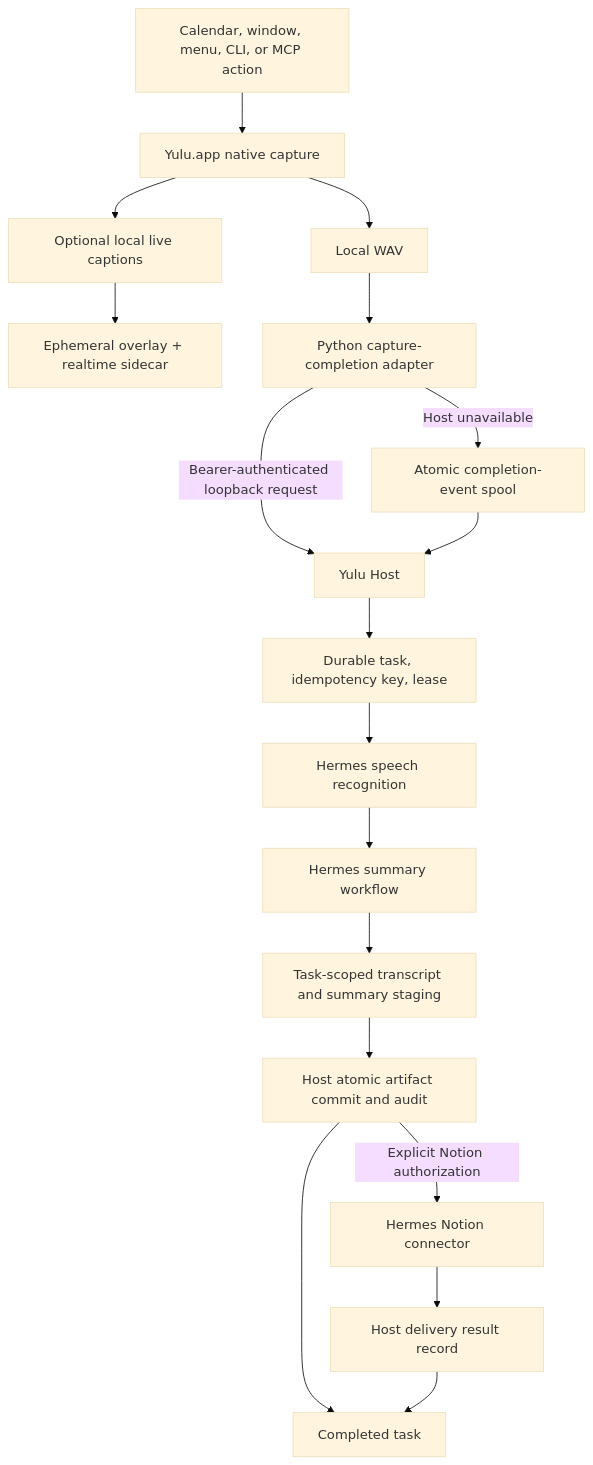
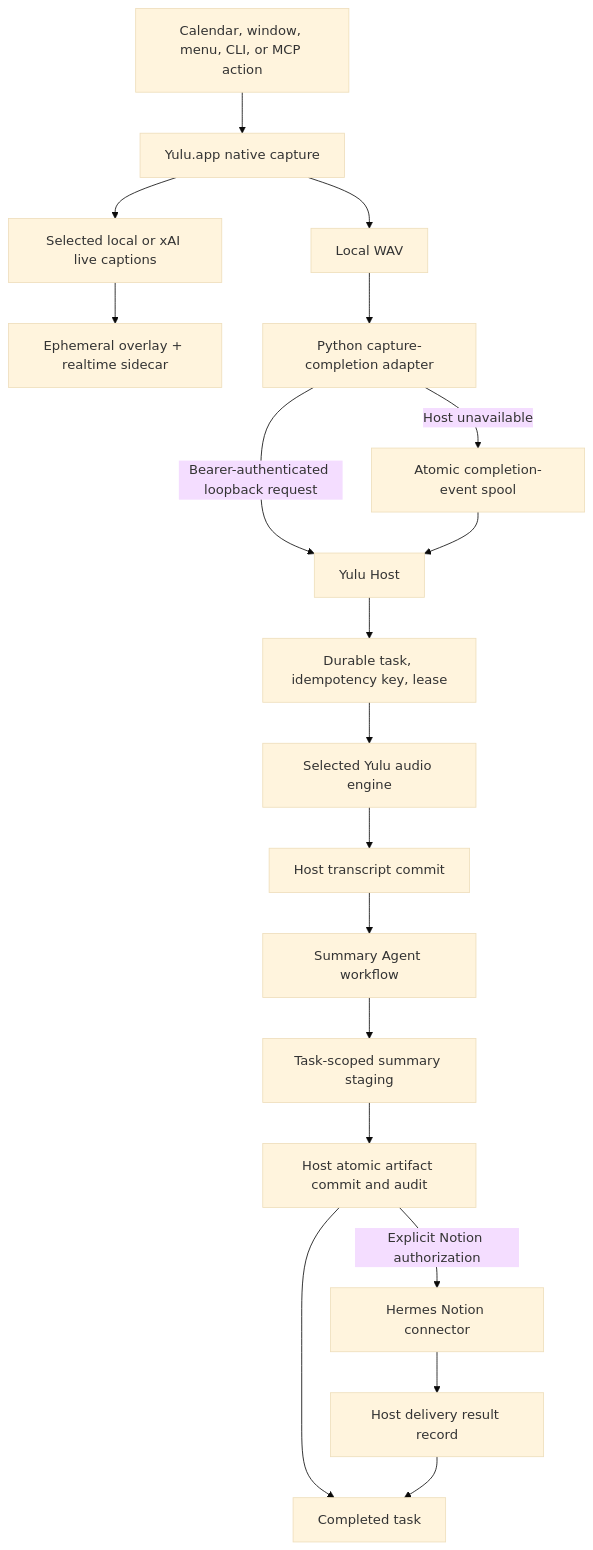
One commit to Nowhitestar/Yulu changed the first of 2 diagrams in docs/ARCHITECTURE.md. Above: the diagram before and after it, drawn with Mermaid (base theme). The commit also changed other lines of this file and 76 other files, not shown here.

````diff
--- a/docs/ARCHITECTURE.md
+++ b/docs/ARCHITECTURE.md
@@ -48,20 +54,21 @@
 ```mermaid
 flowchart TD
     A["Calendar, window, menu, CLI, or MCP action"] --> B["Yulu.app native capture"]
     B --> C["Local WAV"]
-    B --> O["Optional local live captions"]
+    B --> O["Selected local or xAI live captions"]
     O --> P["Ephemeral overlay + realtime sidecar"]
     C --> D["Python capture-completion adapter"]
     D -->|"Bearer-authenticated loopback request"| E["Yulu Host"]
     D -->|"Host unavailable"| F["Atomic completion-event spool"]
     F --> E
     E --> G["Durable task, idempotency key, lease"]
-    G --> H["Hermes speech recognition"]
-    H --> I["Hermes summary workflow"]
-    I --> J["Task-scoped transcript and summary staging"]
+    G --> H["Selected Yulu audio engine"]
+    H --> Q["Host transcript commit"]
+    Q --> I["Summary Agent workflow"]
+    I --> J["Task-scoped summary staging"]
     J --> K["Host atomic artifact commit and audit"]
     K -->|"Explicit Notion authorization"| L["Hermes Notion connector"]
     L --> M["Host delivery result record"]
     K --> N["Completed task"]
     M --> N
 ```
````
